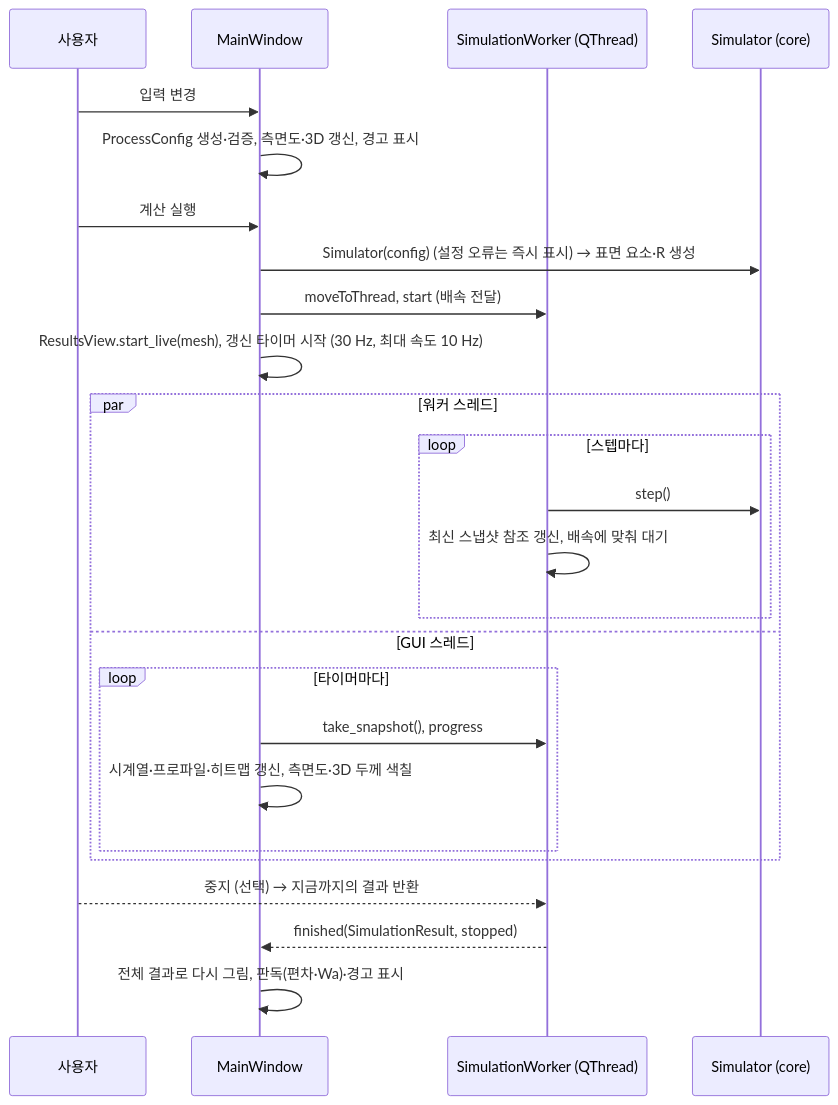
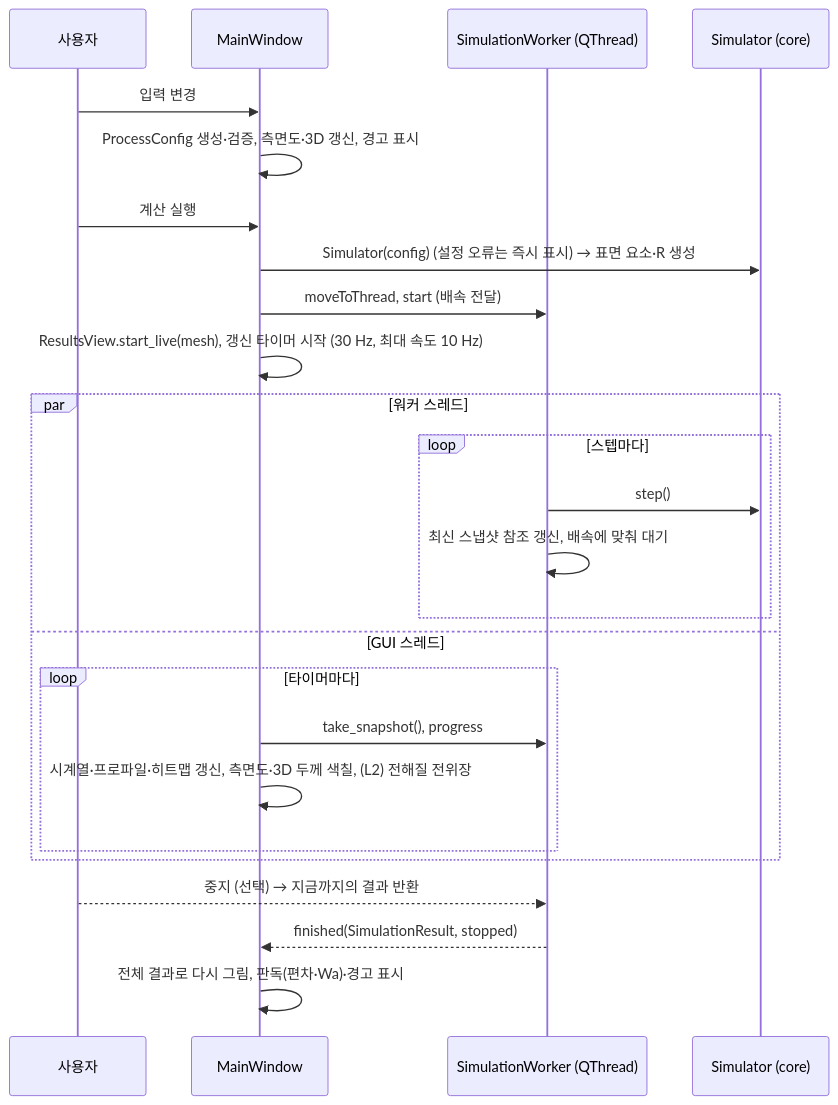
One commit to hyhSgithubbb/Anodizing_simulator changed the second of 2 diagrams in docs/DESIGN.md. Above: the diagram before and after it, drawn with Mermaid. The commit also changed other lines of this file and 22 other files, not shown here.

````diff
--- a/docs/DESIGN.md
+++ b/docs/DESIGN.md
@@ -673,27 +724,27 @@
 ```mermaid
 sequenceDiagram
     participant U as 사용자
     participant MW as MainWindow
     participant W as SimulationWorker (QThread)
     participant S as Simulator (core)
     U->>MW: 입력 변경
     MW->>MW: ProcessConfig 생성·검증, 측면도·3D 갱신, 경고 표시
     U->>MW: 계산 실행
     MW->>S: Simulator(config) (설정 오류는 즉시 표시) → 표면 요소·R 생성
     MW->>W: moveToThread, start (배속 전달)
     MW->>MW: ResultsView.start_live(mesh), 갱신 타이머 시작 (30 Hz, 최대 속도 10 Hz)
     par 워커 스레드
         loop 스텝마다
             W->>S: step()
             W->>W: 최신 스냅샷 참조 갱신, 배속에 맞춰 대기
         end
     and GUI 스레드
         loop 타이머마다
             MW->>W: take_snapshot(), progress
-            MW->>MW: 시계열·프로파일·히트맵 갱신, 측면도·3D 두께 색칠
+            MW->>MW: 시계열·프로파일·히트맵 갱신, 측면도·3D 두께 색칠, (L2) 전해질 전위장
         end
     end
     U-->>W: 중지 (선택) → 지금까지의 결과 반환
     W-->>MW: finished(SimulationResult, stopped)
     MW->>MW: 전체 결과로 다시 그림, 판독(편차·Wa)·경고 표시
 ```
````
